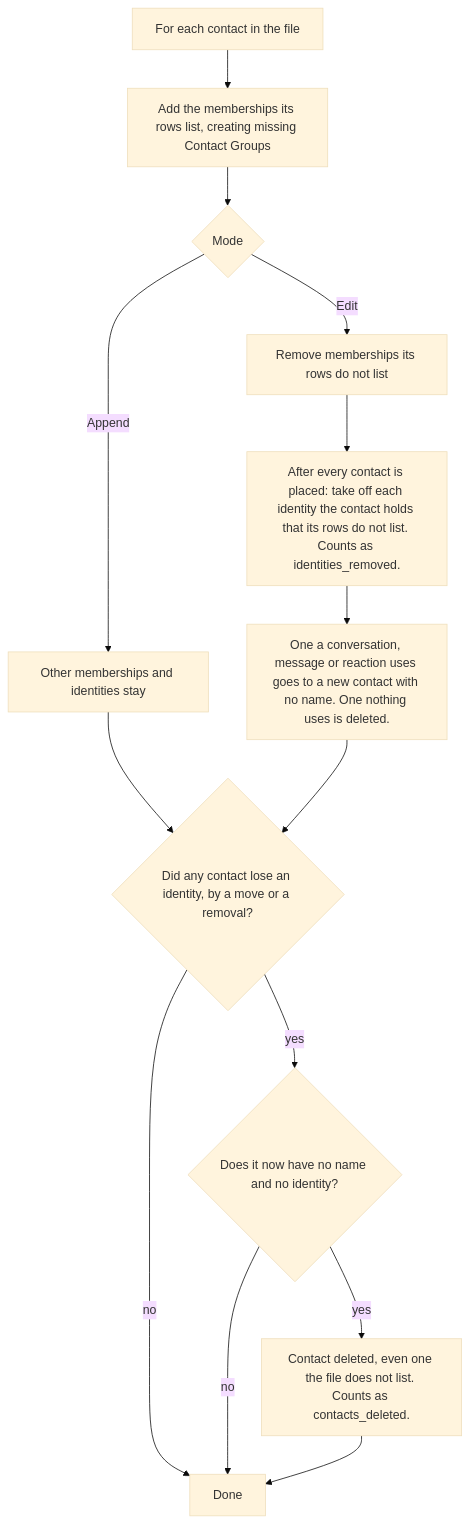
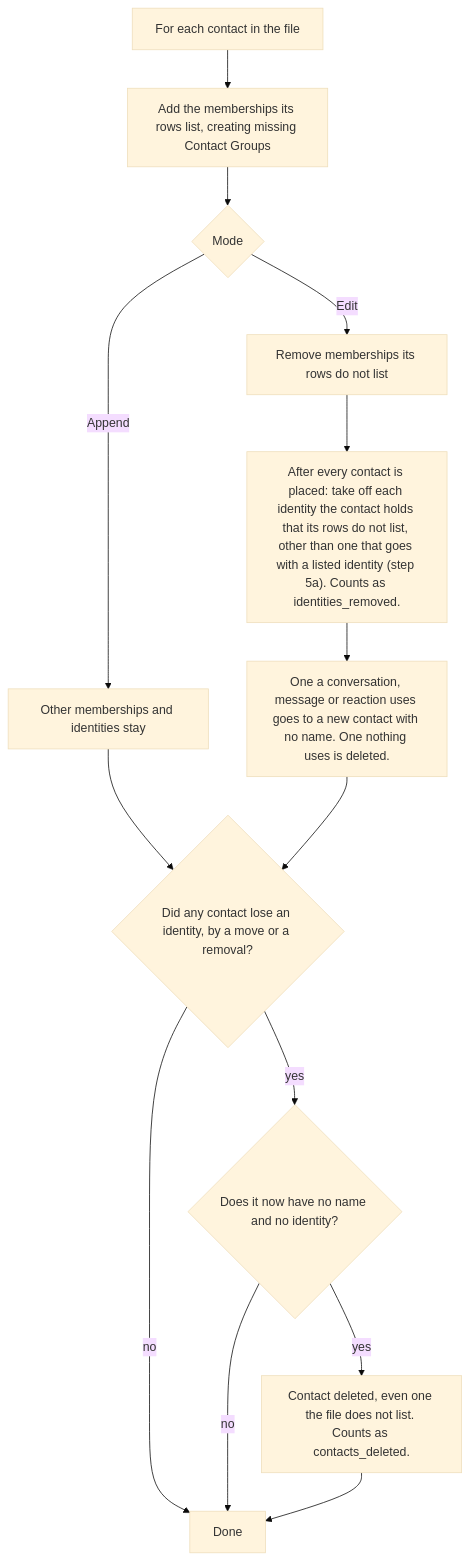
One commit to messagecrate/message-crate changed the ninth of 9 diagrams in docs/architecture/how-contacts-are-made-and-changed.md. Above: the diagram before and after it, drawn with Mermaid (base theme). The commit also changed other lines of this file and 5 other files, not shown here.

First line of the commit message:
fix(server): an address book load moves a number's other identity with it

````diff
--- a/docs/architecture/how-contacts-are-made-and-changed.md
+++ b/docs/architecture/how-contacts-are-made-and-changed.md
@@ -318,16 +348,16 @@
 ```mermaid
 flowchart TD
   A["For each contact in the file"] --> B["Add the memberships its rows list, creating missing Contact Groups"]
   B --> M{"Mode"}
   M -- Append --> Z["Other memberships and identities stay"]
   M -- Edit --> C["Remove memberships its rows do not list"]
-  C --> D["After every contact is placed: take off each identity the contact holds that its rows do not list. Counts as identities_removed."]
+  C --> D["After every contact is placed: take off each identity the contact holds that its rows do not list, other than one that goes with a listed identity (step 5a). Counts as identities_removed."]
   D --> D1["One a conversation, message or reaction uses goes to a new contact with no name. One nothing uses is deleted."]
   Z --> E
   D1 --> E{"Did any contact lose an identity, by a move or a removal?"}
   E -- no --> G
   E -- yes --> F{"Does it now have no name and no identity?"}
   F -- yes --> F1["Contact deleted, even one the file does not list. Counts as contacts_deleted."]
   F -- no --> G
   F1 --> G["Done"]
 ```
````
